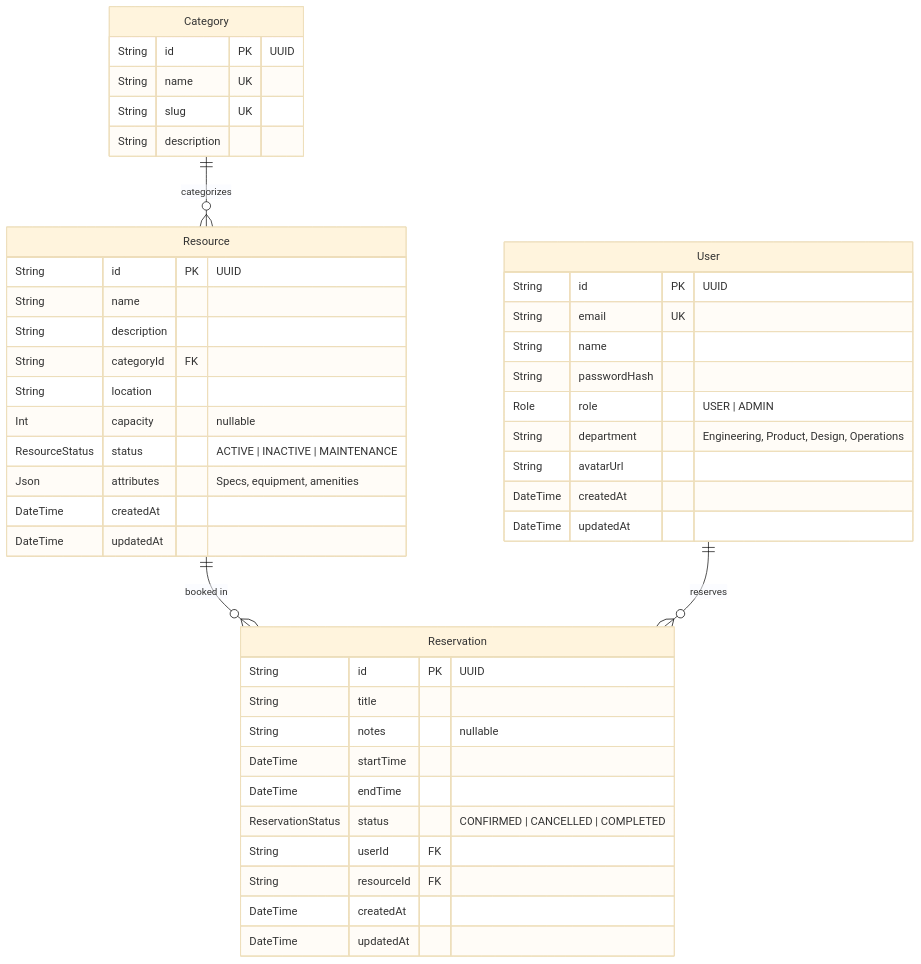
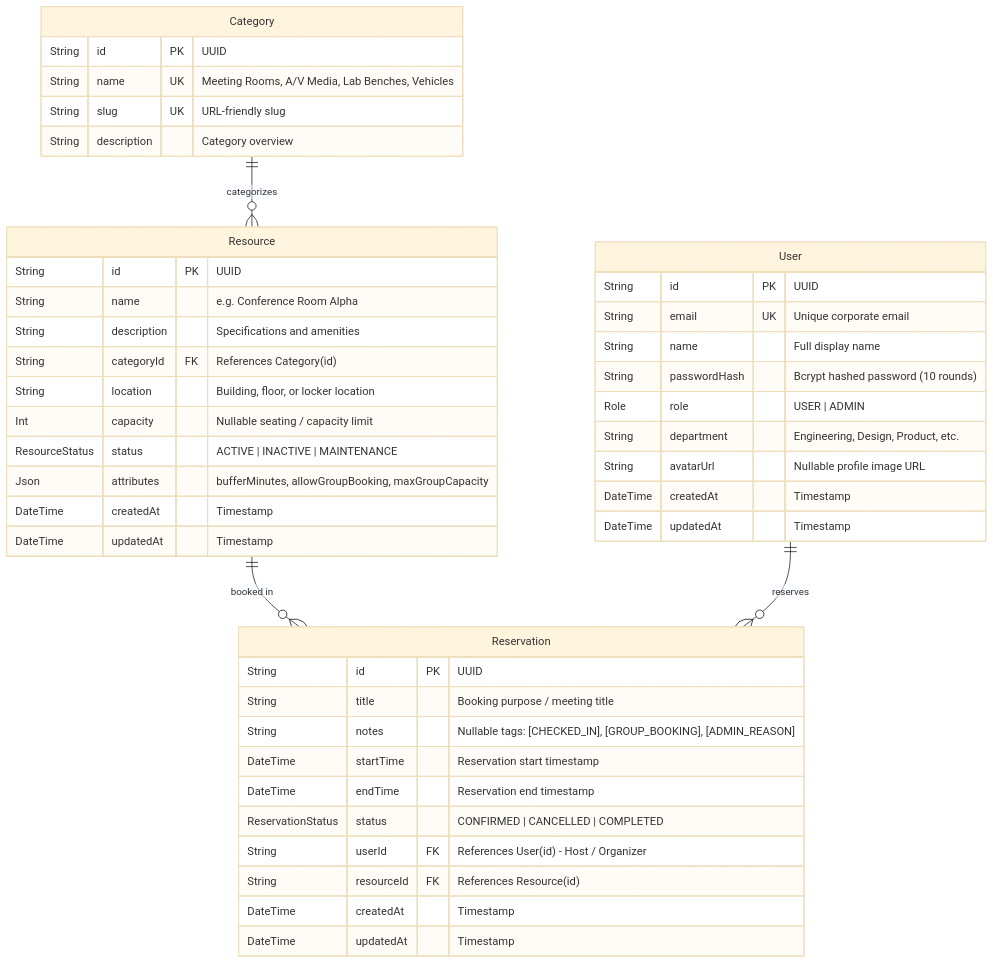
The diagram in README.md (Kavisha1Gamagedara/Resource_management_web_app), drawn with Mermaid (base theme) before and after one commit. The commit also changed other lines of this file, not shown here.

````diff
--- a/README.md
+++ b/README.md
@@ -55,51 +92,51 @@
 ```mermaid
 erDiagram
     Category ||--o{ Resource : "categorizes"
     Resource ||--o{ Reservation : "booked in"
     User ||--o{ Reservation : "reserves"
 
     User {
         String id PK "UUID"
-        String email UK
-        String name
-        String passwordHash
+        String email UK "Unique corporate email"
+        String name "Full display name"
+        String passwordHash "Bcrypt hashed password (10 rounds)"
         Role role "USER | ADMIN"
-        String department "Engineering, Product, Design, Operations"
-        String avatarUrl
-        DateTime createdAt
-        DateTime updatedAt
+        String department "Engineering, Design, Product, etc."
+        String avatarUrl "Nullable profile image URL"
+        DateTime createdAt "Timestamp"
+        DateTime updatedAt "Timestamp"
     }
 
     Category {
         String id PK "UUID"
-        String name UK
-        String slug UK
-        String description
+        String name UK "Meeting Rooms, A/V Media, Lab Benches, Vehicles"
+        String slug UK "URL-friendly slug"
+        String description "Category overview"
     }
 
     Resource {
         String id PK "UUID"
-        String name
-        String description
-        String categoryId FK
-        String location
-        Int capacity "nullable"
+        String name "e.g. Conference Room Alpha"
+        String description "Specifications and amenities"
+        String categoryId FK "References Category(id)"
+        String location "Building, floor, or locker location"
+        Int capacity "Nullable seating / capacity limit"
         ResourceStatus status "ACTIVE | INACTIVE | MAINTENANCE"
-        Json attributes "Specs, equipment, amenities"
-        DateTime createdAt
-        DateTime updatedAt
+        Json attributes "bufferMinutes, allowGroupBooking, maxGroupCapacity"
+        DateTime createdAt "Timestamp"
+        DateTime updatedAt "Timestamp"
     }
 
     Reservation {
         String id PK "UUID"
-        String title
-        String notes "nullable"
-        DateTime startTime
-        DateTime endTime
+        String title "Booking purpose / meeting title"
+        String notes "Nullable tags: [CHECKED_IN], [GROUP_BOOKING], [ADMIN_REASON]"
+        DateTime startTime "Reservation start timestamp"
+        DateTime endTime "Reservation end timestamp"
         ReservationStatus status "CONFIRMED | CANCELLED | COMPLETED"
-        String userId FK
-        String resourceId FK
-        DateTime createdAt
-        DateTime updatedAt
+        String userId FK "References User(id) - Host / Organizer"
+        String resourceId FK "References Resource(id)"
+        DateTime createdAt "Timestamp"
+        DateTime updatedAt "Timestamp"
     }
 ```
````
